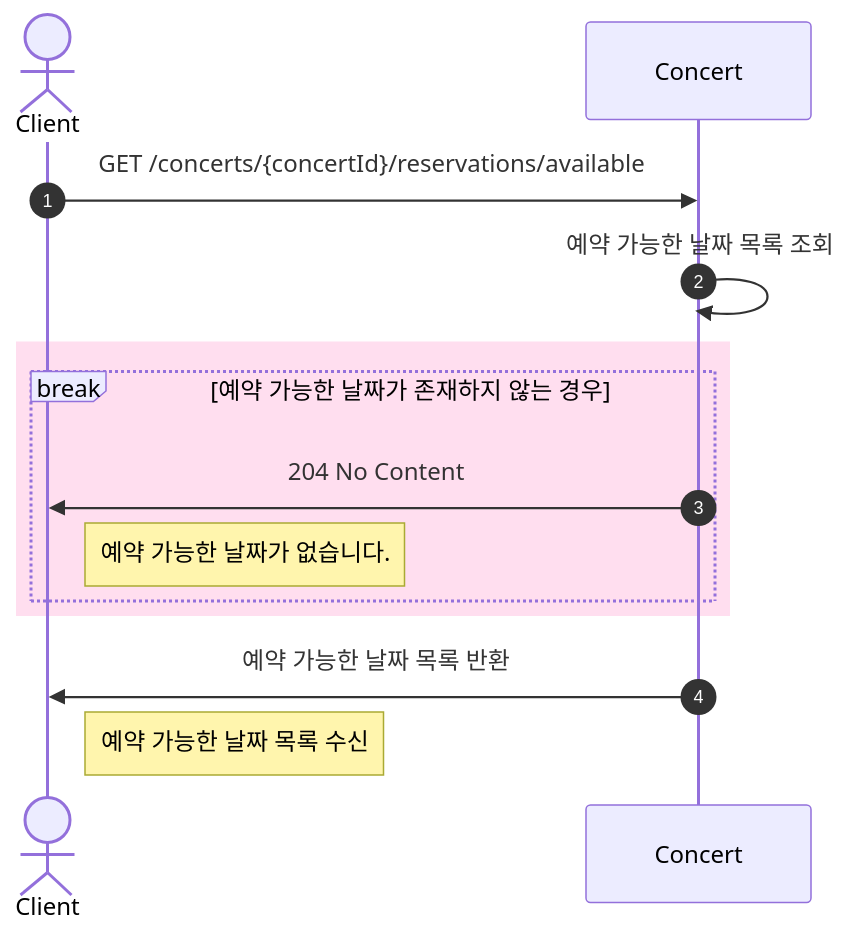
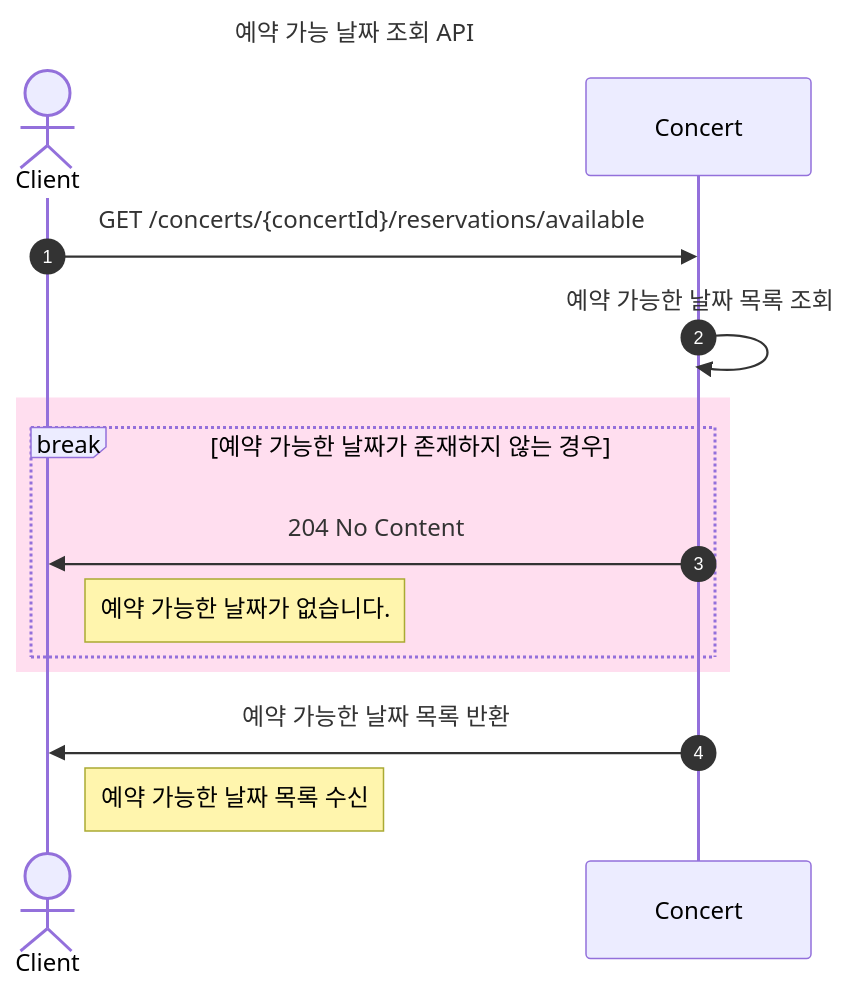
The third of 8 diagrams in README.md (Yn3-3xh/hanghaeplus-concert-reservation-service), drawn with Mermaid before and after one commit. The commit also changed other lines of this file, not shown here.

Commit message:
step5/update: README - Sequence Diagram title

````diff
--- a/README.md
+++ b/README.md
@@ -103,19 +106,22 @@
 ``` mermaid
+---
+title: 예약 가능 날짜 조회 API
+---
 sequenceDiagram
 autonumber
 
 actor Client
 
 Client->>Concert: GET /concerts/{concertId}/reservations/available
 
 Concert->>Concert: 예약 가능한 날짜 목록 조회
 
 rect rgb(255, 222, 239)
     break 예약 가능한 날짜가 존재하지 않는 경우
         Concert->>Client: 204 No Content
         Note right of Client: 예약 가능한 날짜가 없습니다.
     end
 end
 Concert->>Client: 예약 가능한 날짜 목록 반환
 Note right of Client: 예약 가능한 날짜 목록 수신
 ```
````
